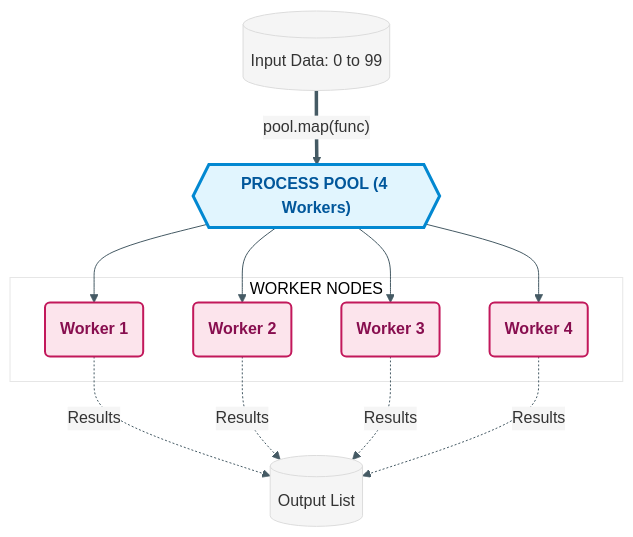
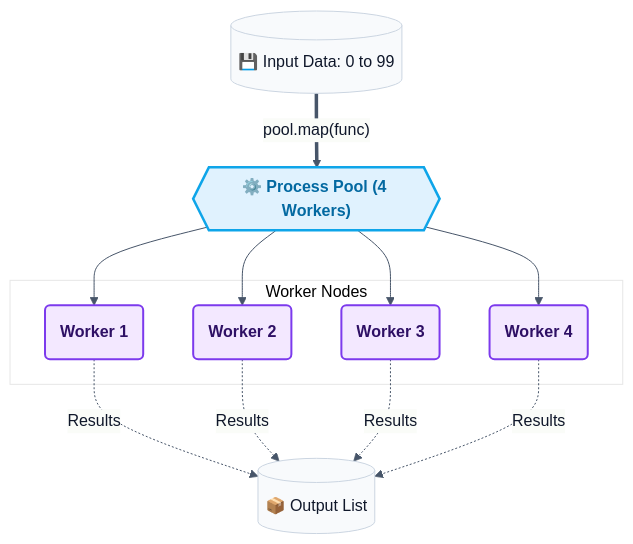
One commit to RameenAnwar/PDC-SP26-SE changed the tenth of 10 diagrams in SyedMuhammadHuzaifaAshrafi-(23FA-035-SE)/Chapter03/README.md. Above: the diagram before and after it, drawn with Mermaid. The commit also changed other lines of this file and 5 other files, not shown here.

````diff
--- a/SyedMuhammadHuzaifaAshrafi-(23FA-035-SE)/Chapter03/README.md
+++ b/SyedMuhammadHuzaifaAshrafi-(23FA-035-SE)/Chapter03/README.md
@@ -590,32 +247,32 @@
 ```mermaid
-%%{init: {'theme': 'base', 'themeVariables': { 'lineColor': '#455A64', 'primaryColor': '#F5F5F5' }}}%%
+%%{init: {'theme': 'base', 'themeVariables': { 'lineColor': '#475569', 'primaryColor': '#f8fafc', 'primaryTextColor': '#0f172a', 'primaryBorderColor': '#cbd5e1' }}}%%
 flowchart TD
-    %% Pro Max Pool Visual
-    classDef poolTask fill:#E1F5FE,stroke:#0288D1,stroke-width:3px,color:#01579B,font-weight:bold
-    classDef pNodes fill:#FCE4EC,stroke:#C2185B,stroke-width:2px,color:#880E4F,font-weight:bold
+    %% Premium Pool Visual
+    classDef poolTask fill:#e0f2fe,stroke:#0ea5e9,stroke-width:2.5px,color:#0369a1,font-weight:bold
+    classDef pNodes fill:#f3e8ff,stroke:#7c3aed,stroke-width:2px,color:#2e1065,font-weight:bold
 
-    Data[("Input Data: 0 to 99")]
-    Pool{{"PROCESS POOL (4 Workers)"}}
+    Data[("💾 Input Data: 0 to 99")]
+    Pool{{"⚙️ Process Pool (4 Workers)"}}
     
     Data == "pool.map(func)" ==> Pool
     
-    subgraph WORKERS [WORKER NODES]
-        W1(Worker 1)
-        W2(Worker 2)
-        W3(Worker 3)
-        W4(Worker 4)
+    subgraph WORKERS ["Worker Nodes"]
+        W1("Worker 1")
+        W2("Worker 2")
+        W3("Worker 3")
+        W4("Worker 4")
     end
     
     Pool --> W1
     Pool --> W2
     Pool --> W3
     Pool --> W4
     
-    W1 -. "Results" .-> Out[(Output List)]
+    W1 -. "Results" .-> Out[("📦 Output List")]
     W2 -. "Results" .-> Out
     W3 -. "Results" .-> Out
     W4 -. "Results" .-> Out
 
     class Pool poolTask
     class W1,W2,W3,W4 pNodes
 ```
````
